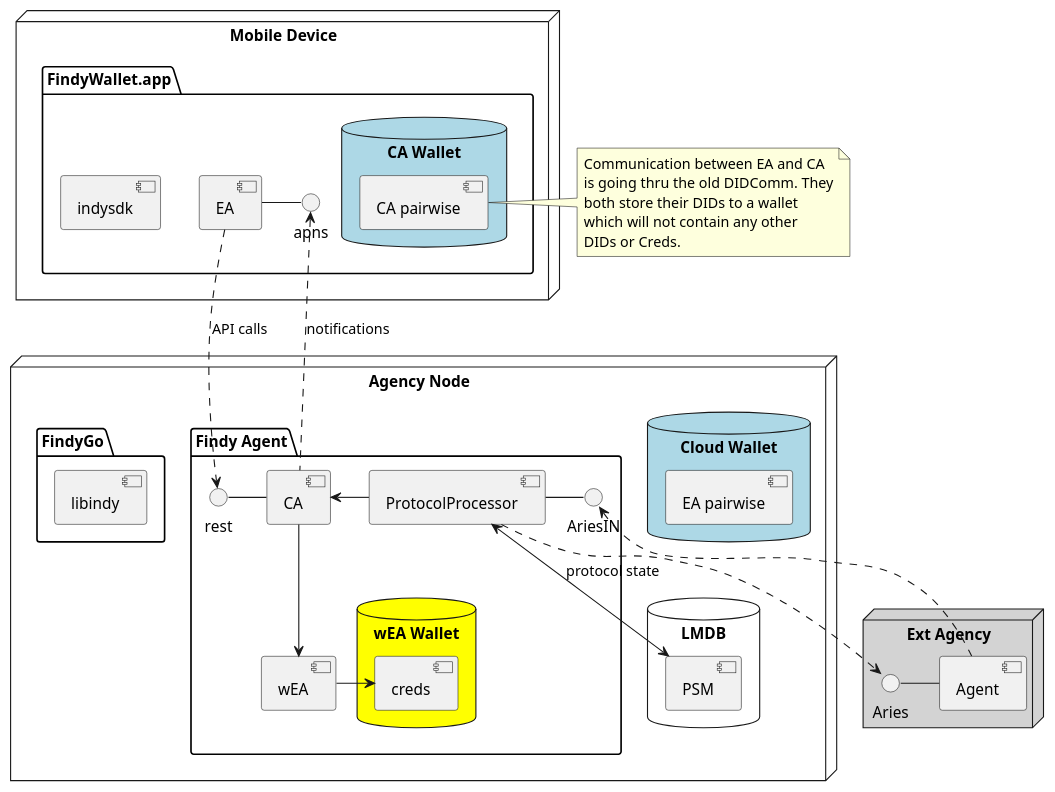
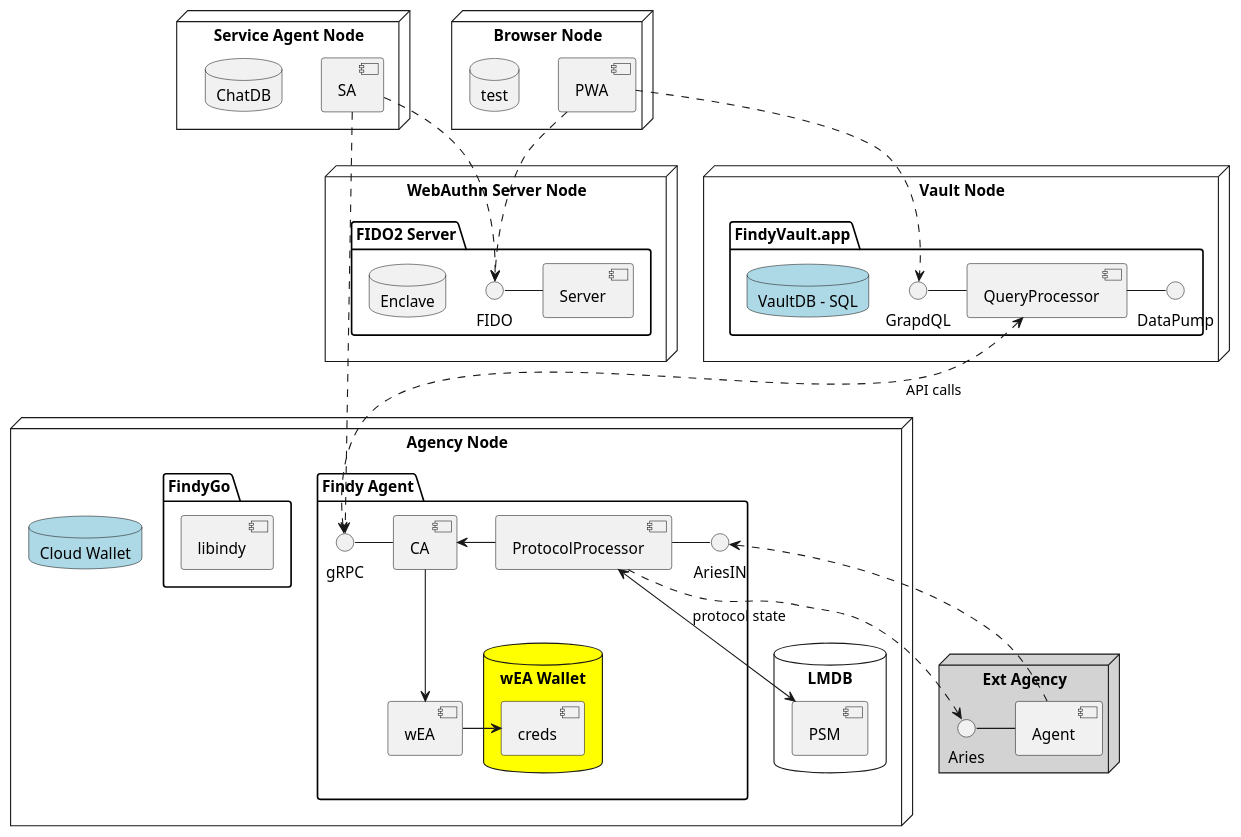
One commit to findy-network/findy-agent changed the diagram in docs/puml/architecture/main_components.puml. Above: the diagram before and after it, drawn with PlantUML.

Commit message:
main component diagram updated

```diff
--- a/docs/puml/architecture/main_components.puml
+++ b/docs/puml/architecture/main_components.puml
@@ -1,59 +1,74 @@
 @startuml
 
+node "Service Agent Node" {
+	database "ChatDB" {
+	}
+	[SA]
+}
 
-node "Mobile Device" {
-	package "FindyWallet.app" {
-		database "CA Wallet"  #Lightblue {
-			[CA pairwise]
+node "Browser Node" {
+	database "test" {
+	}
+	[PWA]
+}
+
+node "Vault Node" {
+	package "FindyVault.app" {
+		database "VaultDB - SQL"  #Lightblue {
 		}
-		[indysdk]
-		[EA] - apns
+		GrapdQL - [QueryProcessor]
+		[QueryProcessor] - DataPump
+	}
+}
+
+node "WebAuthn Server Node" {
+	package "FIDO2 Server" {
+		FIDO - [Server]
+		database "Enclave" {
+		}
 	}
 }
 
 node "Agency Node" {
 	database "Cloud Wallet"  #Lightblue {
-		[EA pairwise]
 	}
 	database "LMDB" {
 		[PSM]
 	}
 	package "Findy Agent" {
-		rest - [CA]
+		gRPC - [CA]
 		[wEA]
 		[CA] --> [wEA]
 		[ProtocolProcessor] - AriesIN
 		[ProtocolProcessor] -left-> [CA]
 		database "wEA Wallet" #Yellow {
 			[creds]
 		}
 '		note bottom of [creds]
 '			teste
 '		end note
 		[wEA] -> [creds]
 	}
 	[ProtocolProcessor] <--> [PSM]: protocol state
 	package "FindyGo" {
 		[libindy]
 	}
 }
 
 node "Ext Agency" #lightgray {
 	 Aries - [Agent]
 }
 
-[EA] .> rest: API calls
-apns <.. [CA]: notifications
+[QueryProcessor] <..> gRPC: API calls
 
 AriesIN <.. [Agent]
 [ProtocolProcessor] ..> Aries
 
-note right of [CA pairwise]
-	Communication between EA and CA
-	is going thru the old DIDComm. They
-	both store their DIDs to a wallet
-	which will not contain any other
-	DIDs or Creds.
-end note
+[PWA] ..> [GrapdQL]
+[PWA] ..> [FIDO]
+
+[SA] ..> [FIDO]
+[SA] ..> [gRPC]
+
 
 @enduml
```
